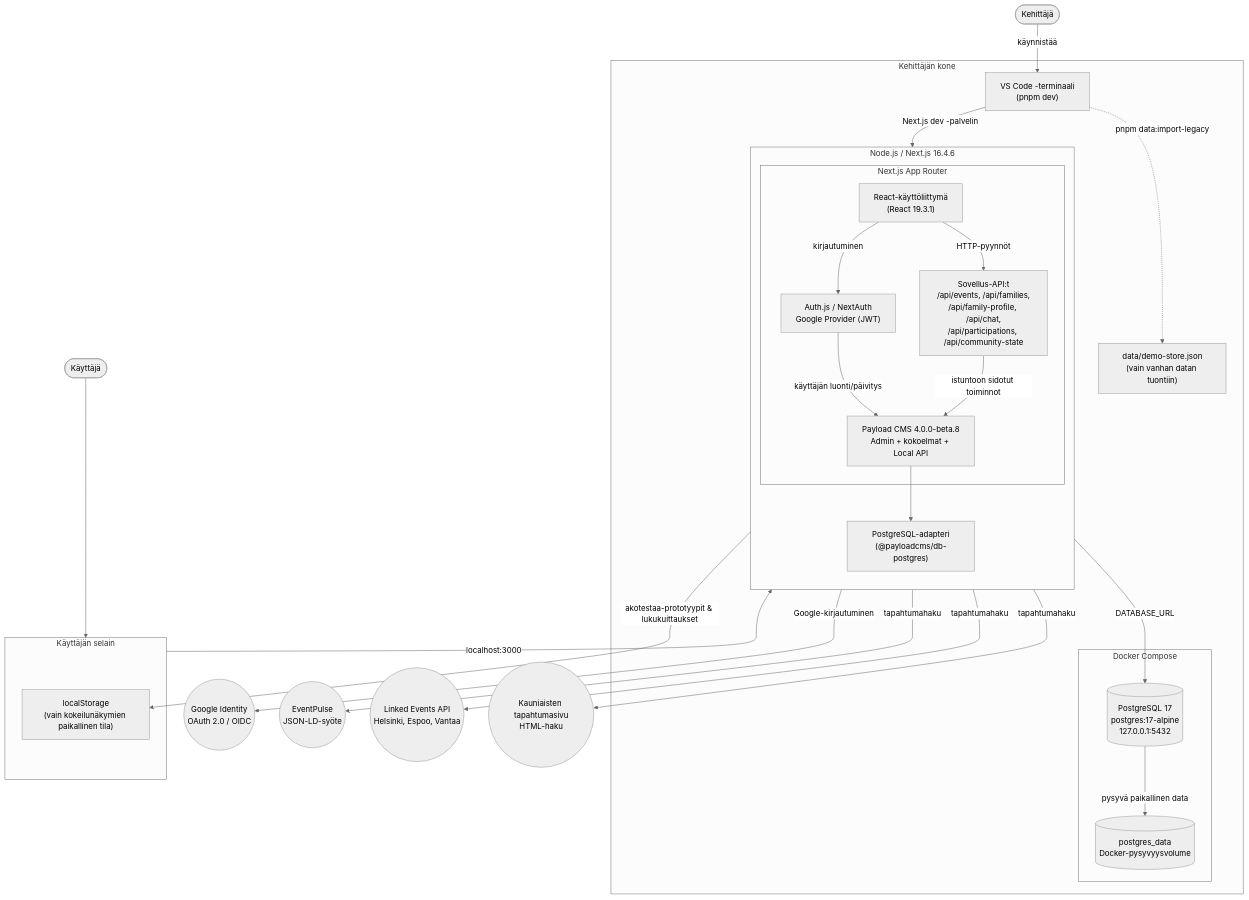
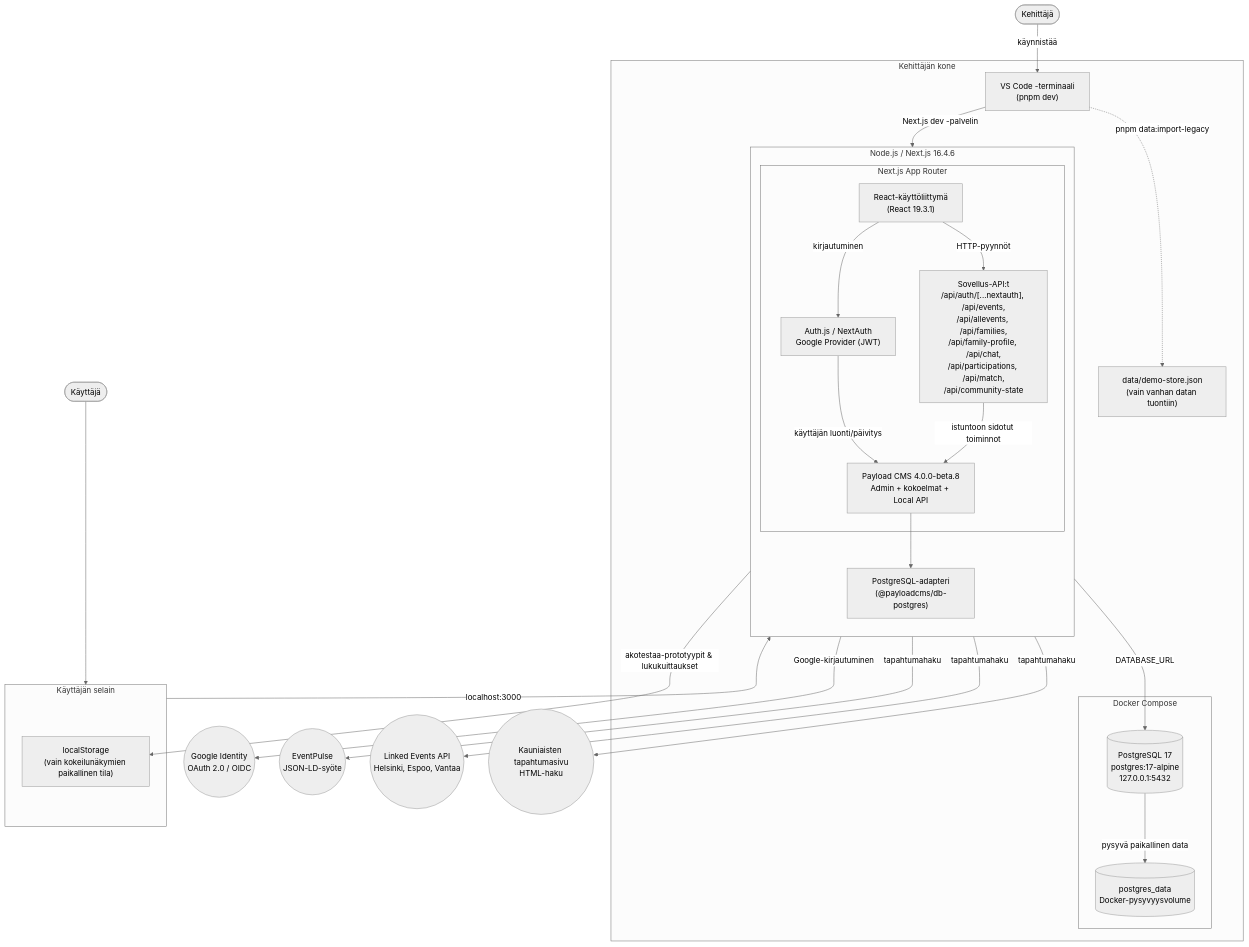
Before and after one commit to bdh283ako/Junailijat_ako_coreproto: the first of 2 diagrams in docs/ARKKITEHTUURI.md, drawn with Mermaid (neutral theme). The commit also changed other lines of this file and 2 other files, not shown here.

Commit message:
docs(arch): sync PlantUML and Mermaid diagrams with current shellproto modules and API routes

````diff
--- a/docs/ARKKITEHTUURI.md
+++ b/docs/ARKKITEHTUURI.md
@@ -9,54 +9,54 @@
 ```mermaid
 flowchart TB
     Developer([Kehittäjä]) -->|käynnistää| DevCommand["VS Code -terminaali<br/>(pnpm dev)"]
     User([Käyttäjä]) --> Browser
 
     subgraph LocalMachine["Kehittäjän kone"]
         DevCommand -->|Next.js dev -palvelin| AppRuntime
 
         subgraph AppRuntime["Node.js / Next.js 16.4.6"]
             direction TB
             subgraph AppRouter["Next.js App Router"]
                 UI["React-käyttöliittymä<br/>(React 19.3.1)"]
-                Routes["Sovellus-API:t<br/>/api/events, /api/families,<br/>/api/family-profile, /api/chat,<br/>/api/participations, /api/community-state"]
+                Routes["Sovellus-API:t<br/>/api/auth/[...nextauth], /api/events,<br/>/api/allevents, /api/families,<br/>/api/family-profile, /api/chat,<br/>/api/participations, /api/match,<br/>/api/community-state"]
                 Auth["Auth.js / NextAuth<br/>Google Provider (JWT)"]
                 Payload["Payload CMS 4.0.0-beta.8<br/>Admin + kokoelmat + Local API"]
             end
             DBAdapter["PostgreSQL-adapteri<br/>(@payloadcms/db-postgres)"]
         end
 
         subgraph Docker["Docker Compose"]
             Postgres[("PostgreSQL 17<br/>postgres:17-alpine<br/>127.0.0.1:5432")]
             PGVolume[("postgres_data<br/>Docker-pysyvyysvolume")]
         end
 
         LegacyJson["data/demo-store.json<br/>(vain vanhan datan tuontiin)"]
     end
 
     subgraph Browser["Käyttäjän selain"]
         BrowserStorage["localStorage<br/>(vain kokeilunäkymien paikallinen tila)"]
     end
 
     Google(("Google Identity<br/>OAuth 2.0 / OIDC"))
     EventPulse(("EventPulse<br/>JSON-LD-syöte"))
     LinkedEvents(("Linked Events API<br/>Helsinki, Espoo, Vantaa"))
     Kauniainen(("Kauniaisten tapahtumasivu<br/>HTML-haku"))
 
     Browser -->|localhost:3000| UI
     UI -->|HTTP-pyynnöt| Routes
     UI -->|kirjautuminen| Auth
     UI -->|akotestaa-prototyypit & lukukuittaukset| BrowserStorage
 
     Auth -->|Google-kirjautuminen| Google
     Auth -->|käyttäjän luonti/päivitys| Payload
     Routes -->|istuntoon sidotut toiminnot| Payload
     Payload --> DBAdapter
     DBAdapter -->|DATABASE_URL| Postgres
     Postgres -->|pysyvä paikallinen data| PGVolume
 
     Routes -->|tapahtumahaku| EventPulse
     Routes -->|tapahtumahaku| LinkedEvents
     Routes -->|tapahtumahaku| Kauniainen
 
     DevCommand -.->|pnpm data:import-legacy| LegacyJson
 ```
````
